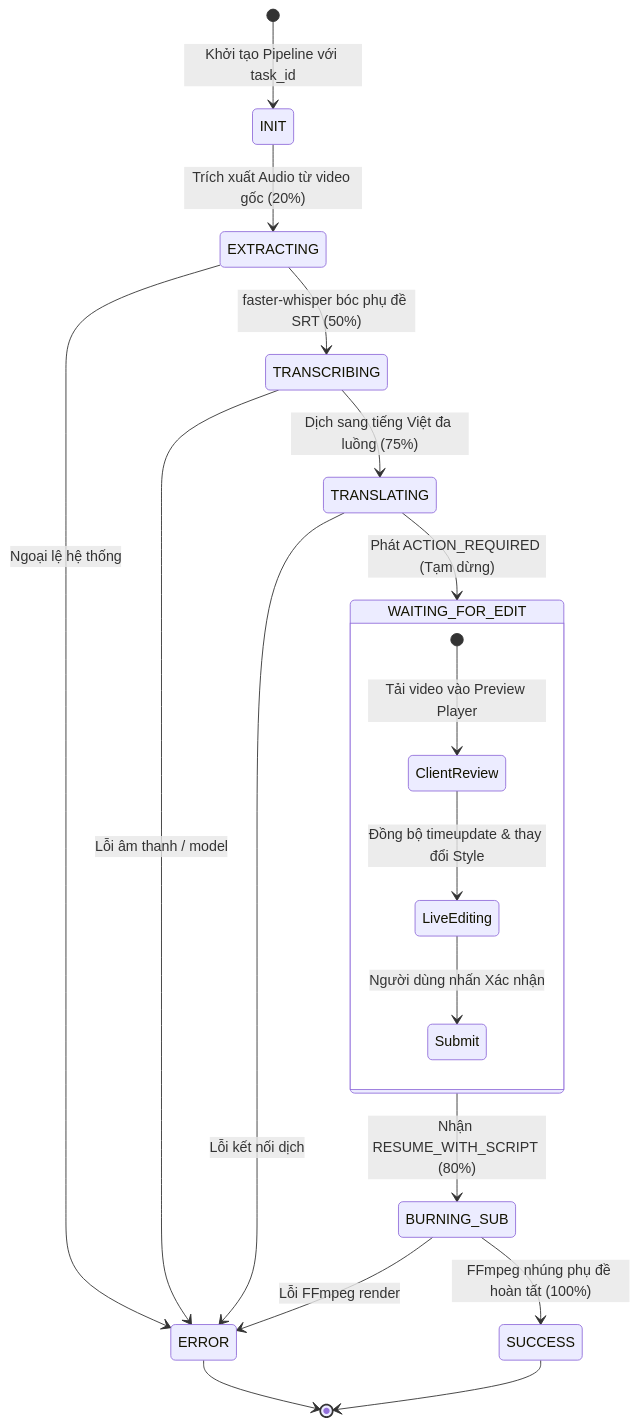
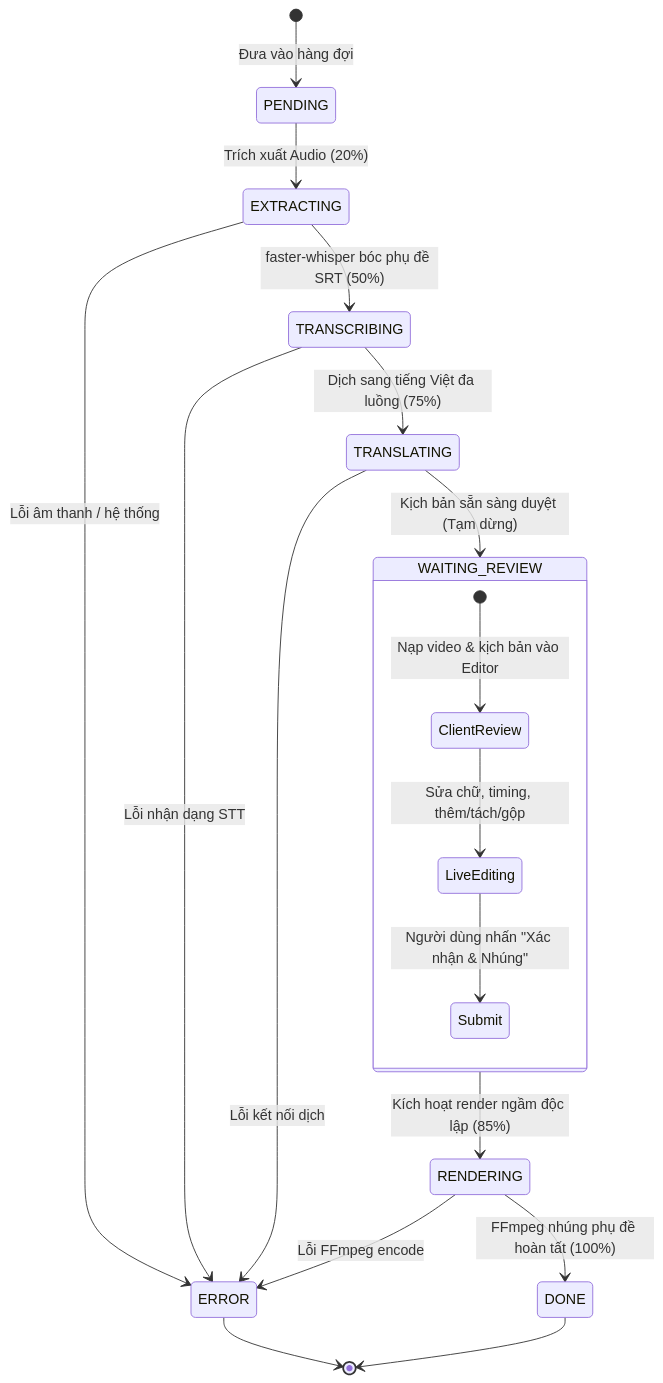
Before and after one commit to whiskeeyy/subflow-ai: the diagram in docs/ARCHITECTURE.md, drawn with Mermaid. The commit also changed other lines of this file and 2 other files, not shown here.

Commit message:
docs: update architecture, API reference, and README with non-blocking queue and cue editor features

````diff
--- a/docs/ARCHITECTURE.md
+++ b/docs/ARCHITECTURE.md
@@ -36,24 +36,24 @@
 ```mermaid
 stateDiagram-v2
-    [*] --> INIT: Khởi tạo Pipeline với task_id
-    INIT --> EXTRACTING: Trích xuất Audio từ video gốc (20%)
+    [*] --> PENDING: Đưa vào hàng đợi
+    PENDING --> EXTRACTING: Trích xuất Audio (20%)
     EXTRACTING --> TRANSCRIBING: faster-whisper bóc phụ đề SRT (50%)
     TRANSCRIBING --> TRANSLATING: Dịch sang tiếng Việt đa luồng (75%)
-    TRANSLATING --> WAITING_FOR_EDIT: Phát ACTION_REQUIRED (Tạm dừng)
+    TRANSLATING --> WAITING_REVIEW: Kịch bản sẵn sàng duyệt (Tạm dừng)
     
-    state WAITING_FOR_EDIT {
-        [*] --> ClientReview: Tải video vào Preview Player
-        ClientReview --> LiveEditing: Đồng bộ timeupdate & thay đổi Style
-        LiveEditing --> Submit: Người dùng nhấn Xác nhận
+    state WAITING_REVIEW {
+        [*] --> ClientReview: Nạp video & kịch bản vào Editor
+        ClientReview --> LiveEditing: Sửa chữ, timing, thêm/tách/gộp
+        LiveEditing --> Submit: Người dùng nhấn "Xác nhận & Nhúng"
     }
     
-    WAITING_FOR_EDIT --> BURNING_SUB: Nhận RESUME_WITH_SCRIPT (80%)
-    BURNING_SUB --> SUCCESS: FFmpeg nhúng phụ đề hoàn tất (100%)
+    WAITING_REVIEW --> RENDERING: Kích hoạt render ngầm độc lập (85%)
+    RENDERING --> DONE: FFmpeg nhúng phụ đề hoàn tất (100%)
     
-    EXTRACTING --> ERROR: Ngoại lệ hệ thống
-    TRANSCRIBING --> ERROR: Lỗi âm thanh / model
+    EXTRACTING --> ERROR: Lỗi âm thanh / hệ thống
+    TRANSCRIBING --> ERROR: Lỗi nhận dạng STT
     TRANSLATING --> ERROR: Lỗi kết nối dịch
-    BURNING_SUB --> ERROR: Lỗi FFmpeg render
+    RENDERING --> ERROR: Lỗi FFmpeg encode
     ERROR --> [*]
-    SUCCESS --> [*]
+    DONE --> [*]
 ```
````
